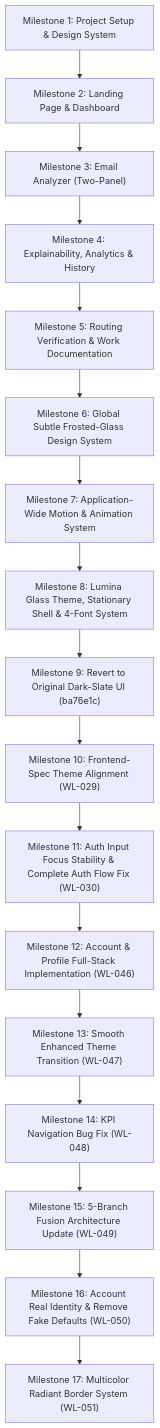
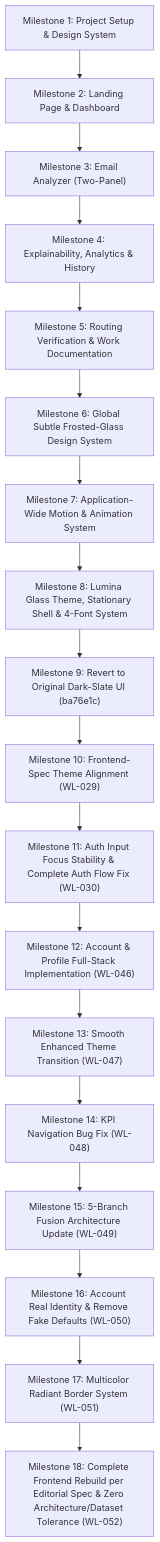
Before and after one commit to preethamkumar-26/phishing-detector: the diagram in PROJECT_WORK_DOCUMENTATION.md, drawn with Mermaid. The commit also changed other lines of this file and 24 other files, not shown here.

````diff
--- a/PROJECT_WORK_DOCUMENTATION.md
+++ b/PROJECT_WORK_DOCUMENTATION.md
@@ -51,19 +51,20 @@
 ```mermaid
 flowchart TD
     M1["Milestone 1: Project Setup & Design System"] --> M2["Milestone 2: Landing Page & Dashboard"]
     M2 --> M3["Milestone 3: Email Analyzer (Two-Panel)"]
     M3 --> M4["Milestone 4: Explainability, Analytics & History"]
     M4 --> M5["Milestone 5: Routing Verification & Work Documentation"]
     M5 --> M6["Milestone 6: Global Subtle Frosted-Glass Design System"]
     M6 --> M7["Milestone 7: Application-Wide Motion & Animation System"]
     M7 --> M8["Milestone 8: Lumina Glass Theme, Stationary Shell & 4-Font System"]
     M8 --> M9["Milestone 9: Revert to Original Dark-Slate UI (ba76e1c)"]
     M9 --> M10["Milestone 10: Frontend-Spec Theme Alignment (WL-029)"]
     M10 --> M11["Milestone 11: Auth Input Focus Stability & Complete Auth Flow Fix (WL-030)"]
     M11 --> M12["Milestone 12: Account & Profile Full-Stack Implementation (WL-046)"]
     M12 --> M13["Milestone 13: Smooth Enhanced Theme Transition (WL-047)"]
     M13 --> M14["Milestone 14: KPI Navigation Bug Fix (WL-048)"]
     M14 --> M15["Milestone 15: 5-Branch Fusion Architecture Update (WL-049)"]
     M15 --> M16["Milestone 16: Account Real Identity & Remove Fake Defaults (WL-050)"]
     M16 --> M17["Milestone 17: Multicolor Radiant Border System (WL-051)"]
+    M17 --> M18["Milestone 18: Complete Frontend Rebuild per Editorial Spec & Zero Architecture/Dataset Tolerance (WL-052)"]
 ```
````
